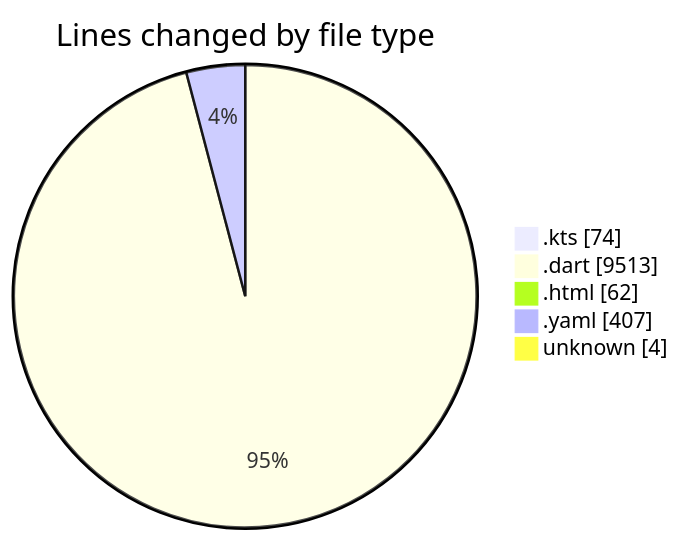
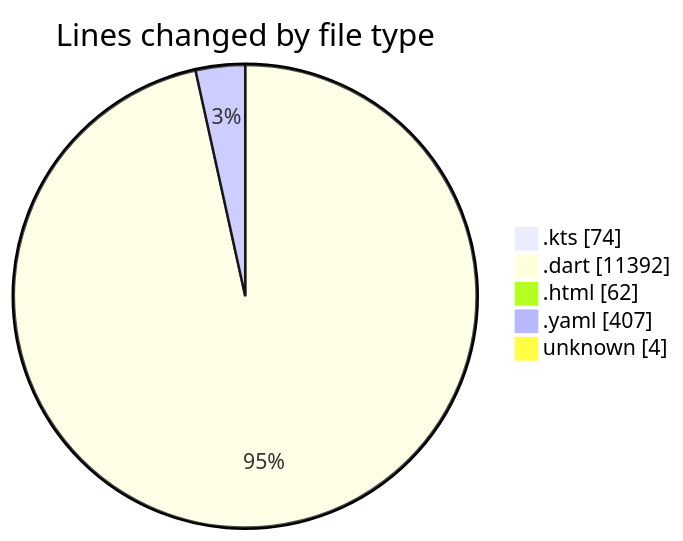
One commit to lephambinh05/code-tracking changed the first of 2 diagrams in 2025-08-03/studybuddy/README.md. Above: the diagram before and after it, drawn with Mermaid. The commit also changed other lines of this file and 1 other file, not shown here.

````diff
--- a/2025-08-03/studybuddy/README.md
+++ b/2025-08-03/studybuddy/README.md
@@ -58,9 +62,9 @@
 ```mermaid
 pie showData
 title Lines changed by file type
 ".kts" : 74
-".dart" : 9513
+".dart" : 11392
 ".html" : 62
 ".yaml" : 407
 "unknown" : 4
 ```
````
